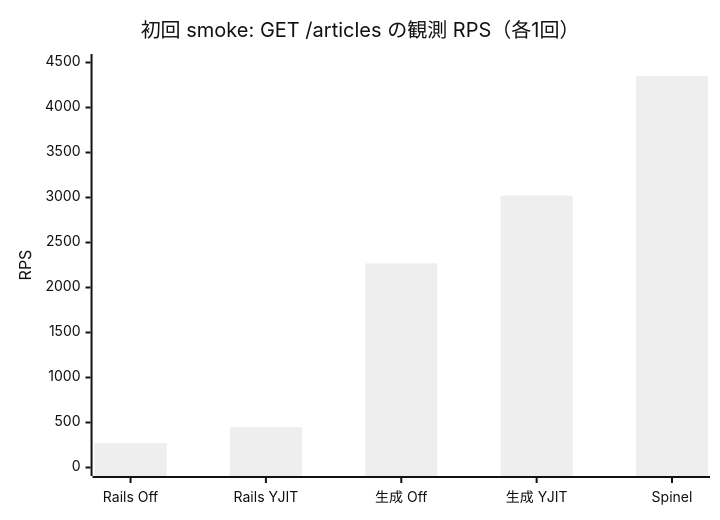
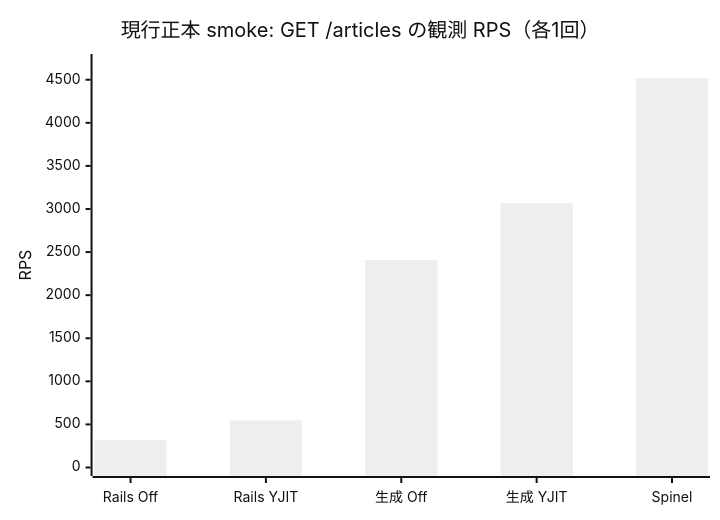
The second of 3 diagrams in docs/roundhouse-rails-jit-aot-report.md (koduki/example-rails-aot), drawn with Mermaid (neutral theme) before and after one commit. The commit also changed other lines of this file and 2 other files, not shown here.

Commit message:
Record current Rails baseline validation and smoke results

```diff
--- a/docs/roundhouse-rails-jit-aot-report.md
+++ b/docs/roundhouse-rails-jit-aot-report.md
@@ -96,7 +97,7 @@
 ~~~mermaid
 xychart-beta
-    title "初回 smoke: GET /articles の観測 RPS（各1回）"
+    title "現行正本 smoke: GET /articles の観測 RPS（各1回）"
     x-axis ["Rails Off", "Rails YJIT", "生成 Off", "生成 YJIT", "Spinel"]
-    y-axis "RPS" 0 --> 4500
-    bar [271, 448, 2268, 3021, 4353]
+    y-axis "RPS" 0 --> 4700
+    bar [322, 547, 2408, 3067, 4517]
 ~~~
```
